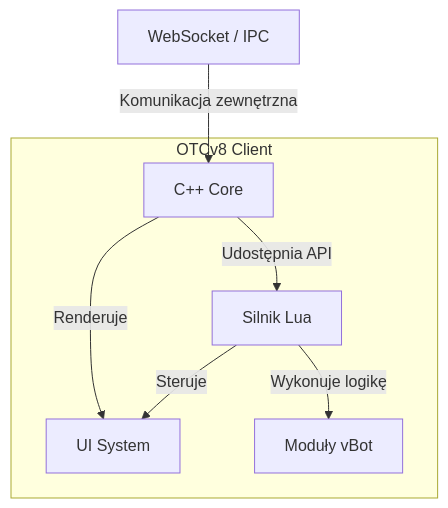
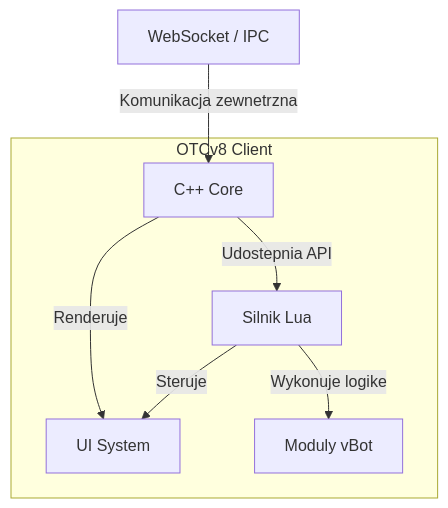
Before and after one commit to lukaszj321/otcv8-dev: the diagram in docs/guides/architecture.md, drawn with Mermaid. The commit also changed other lines of this file and 125 other files, not shown here.

````diff
--- a/docs/guides/architecture.md
+++ b/docs/guides/architecture.md
@@ -5,16 +5,16 @@
 ```mermaid
 graph TD
     CppCore[C++ Core]
     UI[UI System]
-    vBot[Moduły vBot]
+    vBot[Moduly vBot]
     WS[WebSocket / IPC]
 
     subgraph "OTCv8 Client"
-        CppCore -->|Udostępnia API| LuaEngine[Silnik Lua]
-        LuaEngine -->|Wykonuje logikę| vBot
+        CppCore -->|Udostepnia API| LuaEngine[Silnik Lua]
+        LuaEngine -->|Wykonuje logike| vBot
         CppCore -->|Renderuje| UI
         LuaEngine -->|Steruje| UI
     end
 
-    WS -->|Komunikacja zewnętrzna| CppCore
+    WS -->|Komunikacja zewnetrzna| CppCore
 ```
````
